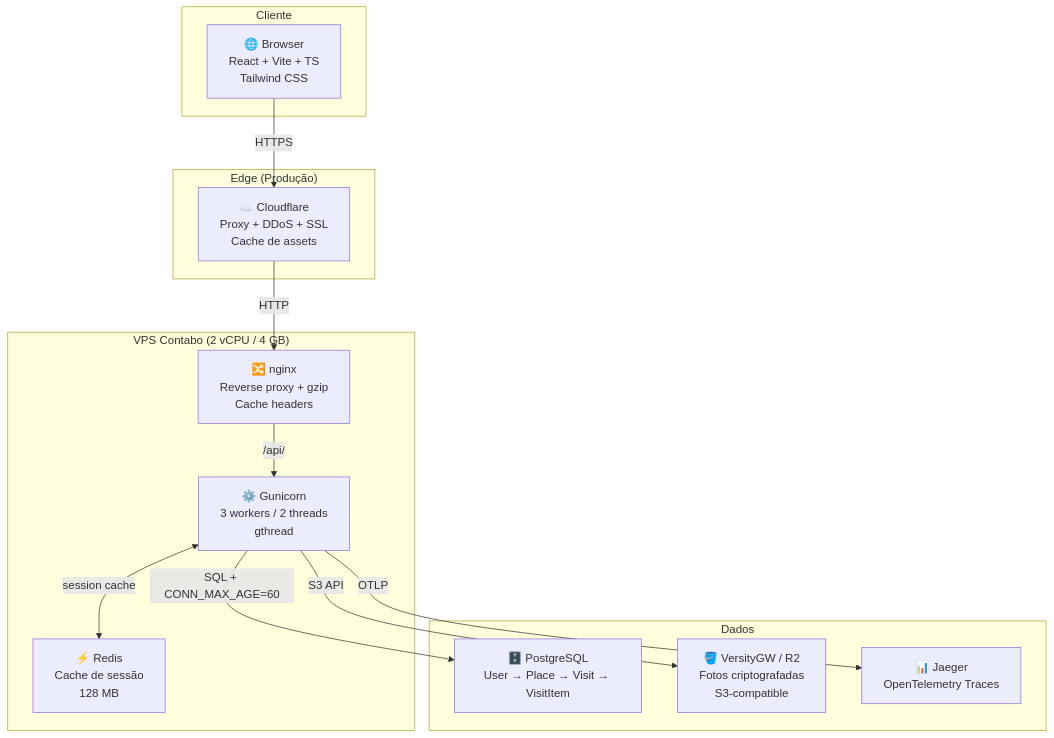
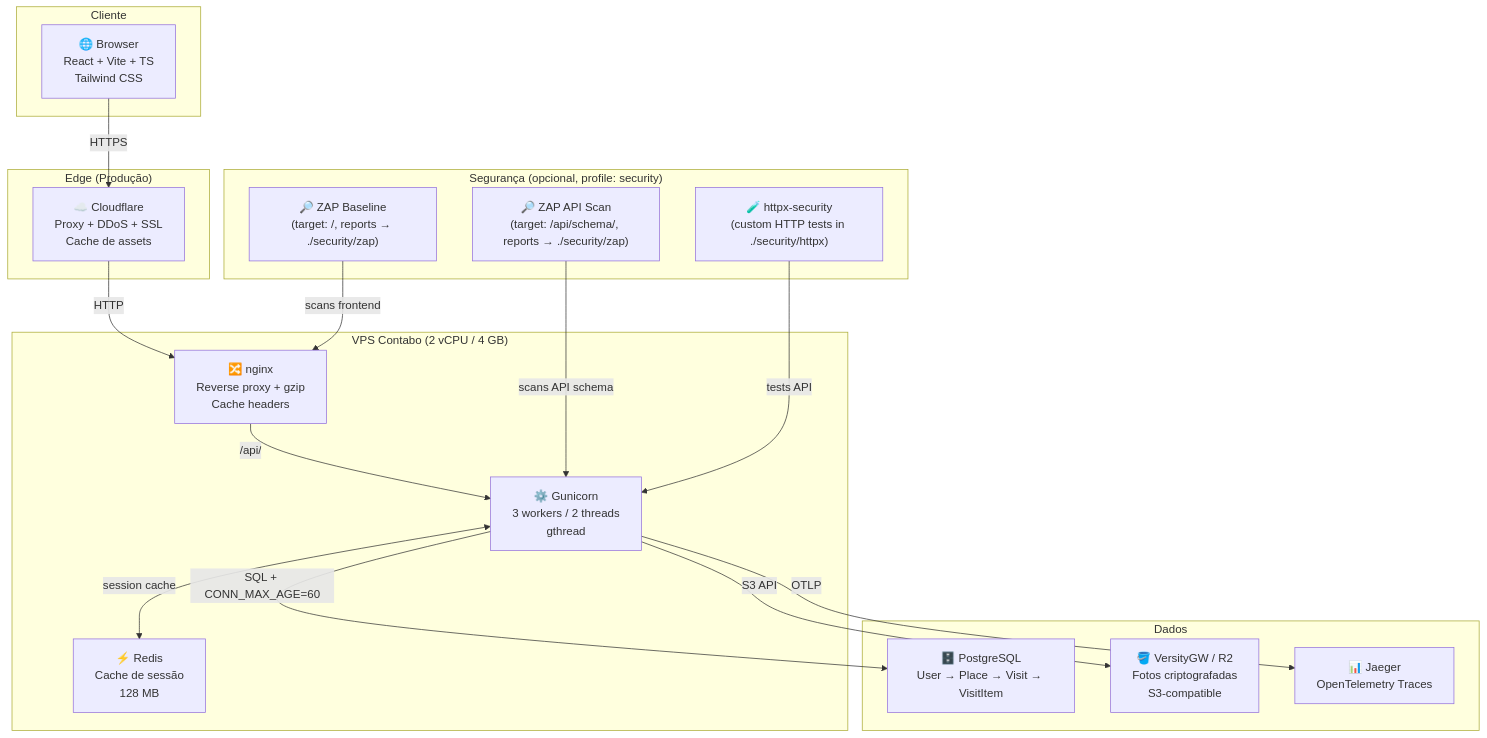
The diagram in README.md (samuel-aka-viana/bora-ali), drawn with Mermaid before and after one commit. The commit also changed other lines of this file and 1 other file, not shown here.

Commit message:
feat: adicionando zap nao vou elaborar hoje

````diff
--- a/README.md
+++ b/README.md
@@ -15,30 +15,40 @@
 ```mermaid
 graph TB
     subgraph Client["Cliente"]
         Browser["🌐 Browser\nReact + Vite + TS\nTailwind CSS"]
     end
 
     subgraph Edge["Edge (Produção)"]
         CF["☁️ Cloudflare\nProxy + DDoS + SSL\nCache de assets"]
     end
 
     subgraph VPS["VPS Contabo (2 vCPU / 4 GB)"]
         Nginx["🔀 nginx\nReverse proxy + gzip\nCache headers"]
         Gunicorn["⚙️ Gunicorn\n3 workers / 2 threads\ngthread"]
         Redis["⚡ Redis\nCache de sessão\n128 MB"]
     end
 
     subgraph Data["Dados"]
         DB["🗄️ PostgreSQL\nUser → Place → Visit → VisitItem"]
         Storage["🪣 VersityGW / R2\nFotos criptografadas\nS3-compatible"]
         Jaeger["📊 Jaeger\nOpenTelemetry Traces"]
     end
 
+    subgraph Security["Segurança (opcional, profile: security)"]
+        ZAP_API["🔎 ZAP API Scan\n(target: /api/schema/, reports → ./security/zap)"]
+        ZAP_BASE["🔎 ZAP Baseline\n(target: /, reports → ./security/zap)"]
+        HTTPX["🧪 httpx-security\n(custom HTTP tests in ./security/httpx)"]
+    end
+
     Browser -->|HTTPS| CF
     CF -->|HTTP| Nginx
     Nginx -->|/api/| Gunicorn
     Gunicorn <-->|session cache| Redis
     Gunicorn -->|SQL + CONN_MAX_AGE=60| DB
     Gunicorn -->|S3 API| Storage
     Gunicorn -->|OTLP| Jaeger
+
+    ZAP_API -->|scans API schema| Gunicorn
+    ZAP_BASE -->|scans frontend| Nginx
+    HTTPX -->|tests API| Gunicorn
 ```
````
